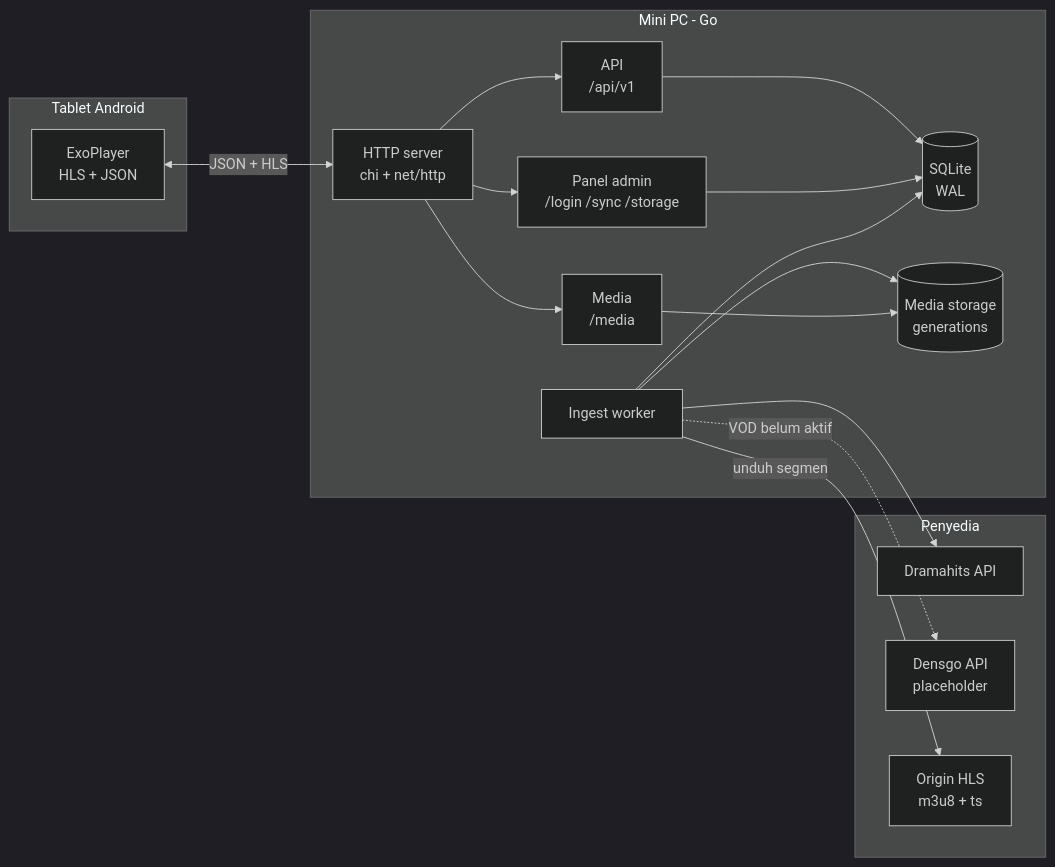
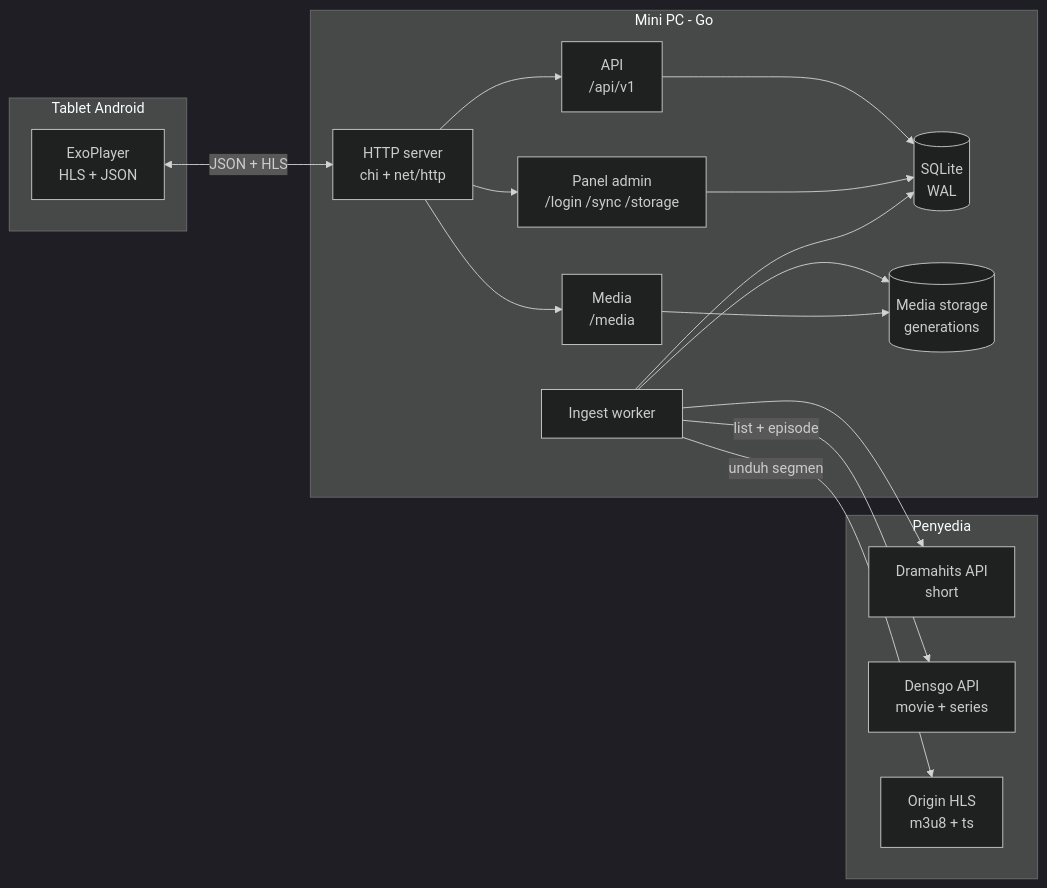
The diagram in README.md (Developer-Digdaya/VodLocal-GO), drawn with Mermaid (dark theme) before and after one commit. The commit also changed other lines of this file and 18 other files, not shown here.

Commit message:
feat(provider): tambah Densgo movie & series dan tab List Content

````diff
--- a/README.md
+++ b/README.md
@@ -78,35 +79,35 @@
 ```mermaid
 flowchart LR
     subgraph T["Tablet Android"]
         PLAYER["ExoPlayer<br/>HLS + JSON"]
     end
 
     subgraph S["Mini PC - Go"]
         HTTP["HTTP server<br/>chi + net/http"]
         API["API<br/>/api/v1"]
         ADMIN["Panel admin<br/>/login /sync /storage"]
         MEDIA["Media<br/>/media"]
         INGEST["Ingest worker"]
         DB[("SQLite<br/>WAL")]
         STORE[("Media storage<br/>generations")]
     end
 
     subgraph P["Penyedia"]
-        DRAMA["Dramahits API"]
-        DENS["Densgo API<br/>placeholder"]
+        DRAMA["Dramahits API<br/>short"]
+        DENS["Densgo API<br/>movie + series"]
         ORIGIN["Origin HLS<br/>m3u8 + ts"]
     end
 
     PLAYER <-->|"JSON + HLS"| HTTP
     HTTP --> API
     HTTP --> ADMIN
     HTTP --> MEDIA
     API --> DB
     ADMIN --> DB
     INGEST --> DB
     INGEST --> DRAMA
-    INGEST -.->|"VOD belum aktif"| DENS
+    INGEST -->|"list + episode"| DENS
     INGEST -->|"unduh segmen"| ORIGIN
     INGEST --> STORE
     MEDIA --> STORE
 ```
````
